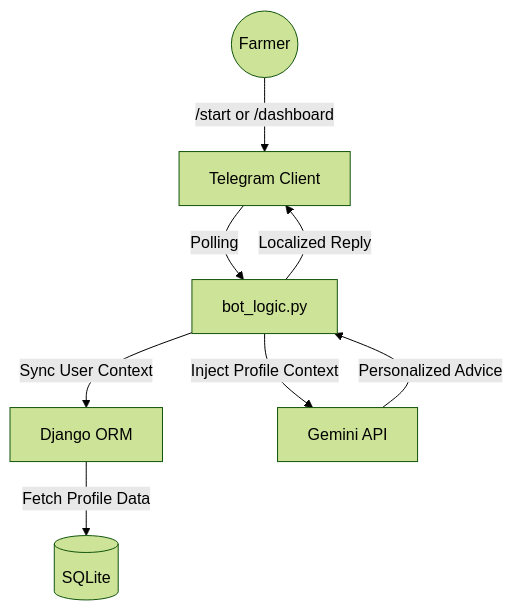
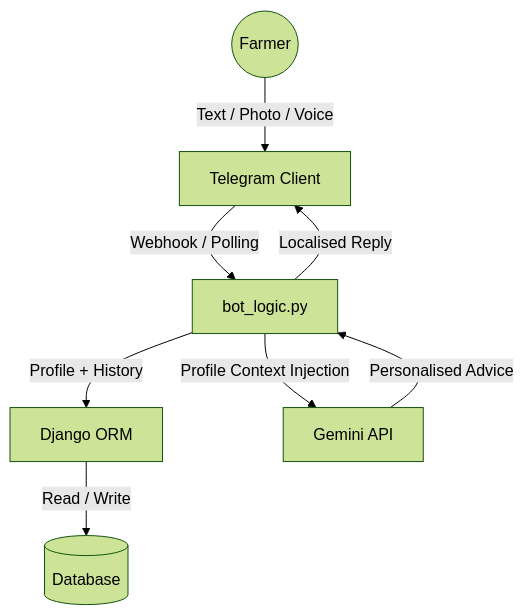
One commit to Abdul-Salam15/Farm-Buddy-v2 changed the second of 2 diagrams in README.md. Above: the diagram before and after it, drawn with Mermaid (forest theme). The commit also changed other lines of this file and 1 other file, not shown here.

````diff
--- a/README.md
+++ b/README.md
@@ -55,17 +67,17 @@
 ```mermaid
 graph TD
-    User((Farmer))
+    Farmer((Farmer))
     TG[Telegram Client]
     BotLogic[bot_logic.py]
-    DjangoORM[Django ORM]
-    DB[(SQLite)]
+    ORM[Django ORM]
+    DB[(Database)]
     AI[Gemini API]
 
-    User -- "/start or /dashboard" --> TG
-    TG -- "Polling" --> BotLogic
-    BotLogic -- "Sync User Context" --> DjangoORM
-    DjangoORM -- "Fetch Profile Data" --> DB
-    BotLogic -- "Inject Profile Context" --> AI
-    AI -- "Personalized Advice" --> BotLogic
-    BotLogic -- "Localized Reply" --> TG
+    Farmer -- "Text / Photo / Voice" --> TG
+    TG -- "Webhook / Polling" --> BotLogic
+    BotLogic -- "Profile + History" --> ORM
+    ORM -- "Read / Write" --> DB
+    BotLogic -- "Profile Context Injection" --> AI
+    AI -- "Personalised Advice" --> BotLogic
+    BotLogic -- "Localised Reply" --> TG
 ```
````
